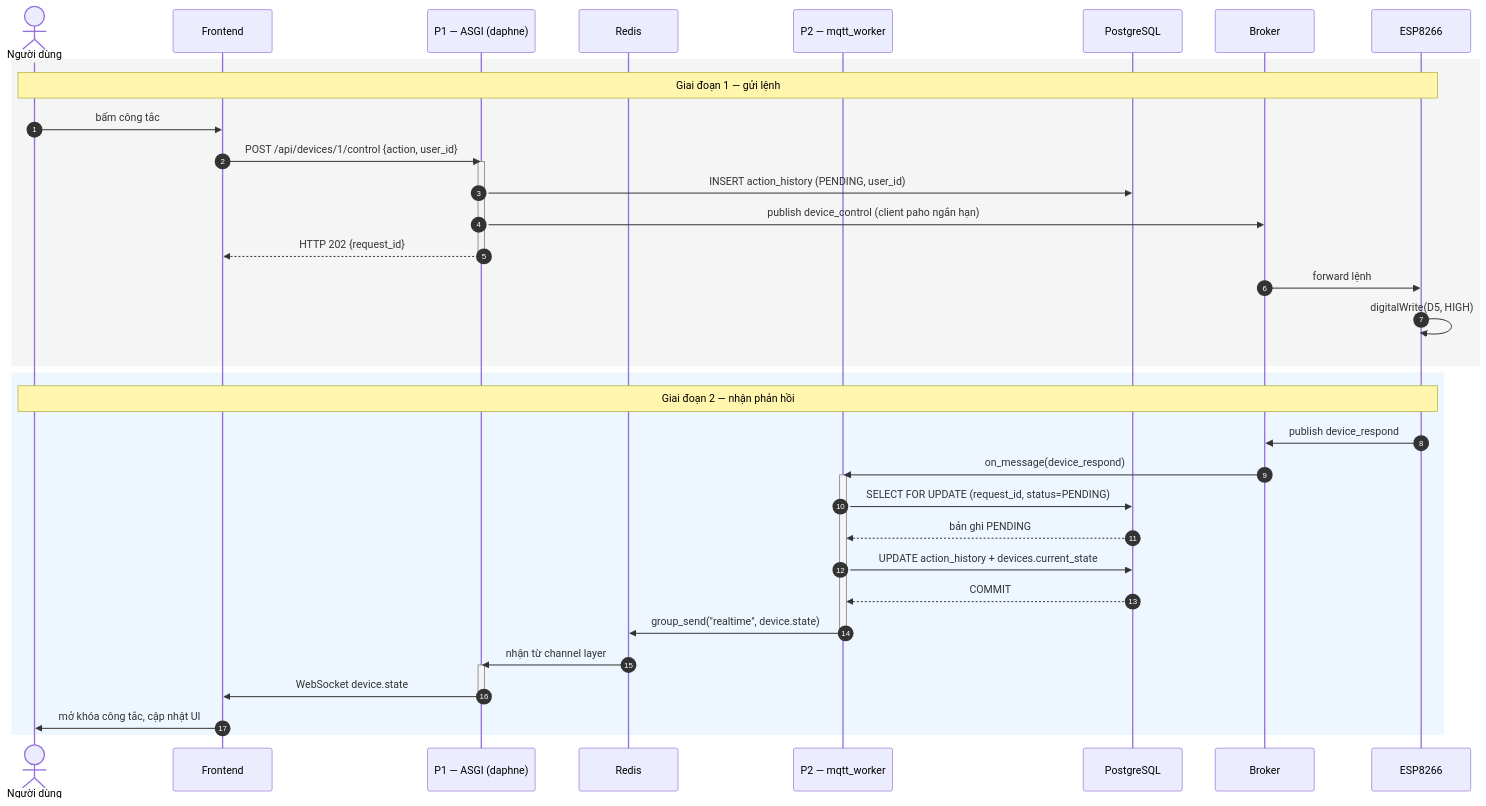
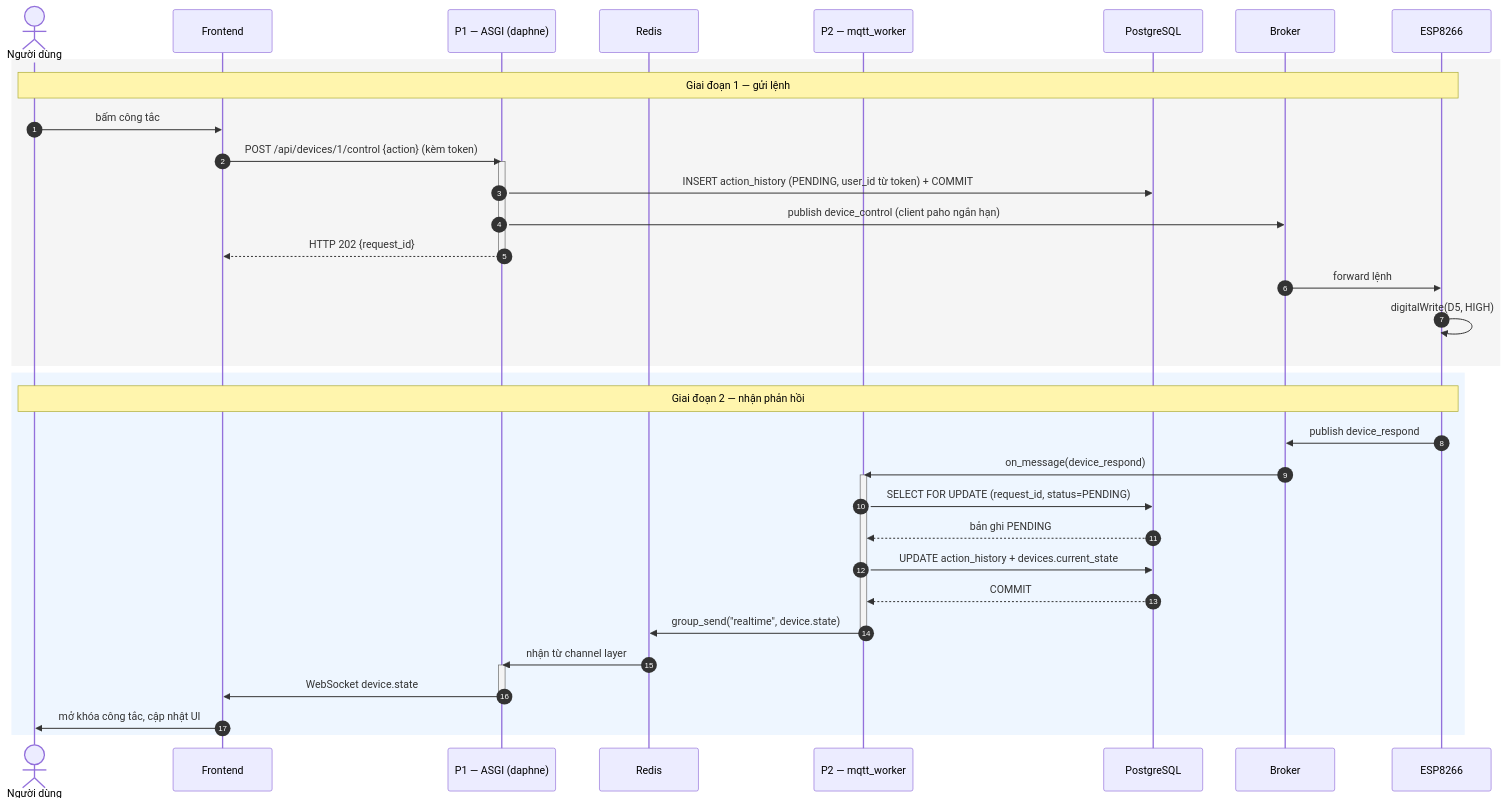
One commit to B23DCAT011/IOT changed the fifth of 13 diagrams in docs/03-Sequence.md. Above: the diagram before and after it, drawn with Mermaid. The commit also changed other lines of this file and 13 other files, not shown here.

````diff
--- a/docs/03-Sequence.md
+++ b/docs/03-Sequence.md
@@ -345,43 +346,43 @@
 ```mermaid
 sequenceDiagram
     autonumber
     actor User as Người dùng
     participant FE as Frontend
     participant P1 as P1 — ASGI (daphne)
     participant RD as Redis
     participant P2 as P2 — mqtt_worker
     participant DB as PostgreSQL
     participant MQ as Broker
     participant HW as ESP8266
 
     rect rgb(245,245,245)
     Note over User,HW: Giai đoạn 1 — gửi lệnh
     User->>FE: bấm công tắc
-    FE->>P1: POST /api/devices/1/control {action, user_id}
+    FE->>P1: POST /api/devices/1/control {action} (kèm token)
     activate P1
-    P1->>DB: INSERT action_history (PENDING, user_id)
+    P1->>DB: INSERT action_history (PENDING, user_id từ token) + COMMIT
     P1->>MQ: publish device_control (client paho ngắn hạn)
     P1-->>FE: HTTP 202 {request_id}
     deactivate P1
     MQ->>HW: forward lệnh
     HW->>HW: digitalWrite(D5, HIGH)
     end
 
     rect rgb(238,246,255)
     Note over User,HW: Giai đoạn 2 — nhận phản hồi
     HW->>MQ: publish device_respond
     MQ->>P2: on_message(device_respond)
     activate P2
     P2->>DB: SELECT FOR UPDATE (request_id, status=PENDING)
     DB-->>P2: bản ghi PENDING
     P2->>DB: UPDATE action_history + devices.current_state
     DB-->>P2: COMMIT
     P2->>RD: group_send("realtime", device.state)
     deactivate P2
     RD->>P1: nhận từ channel layer
     activate P1
     P1->>FE: WebSocket device.state
     deactivate P1
     FE->>User: mở khóa công tắc, cập nhật UI
     end
 ```
````
